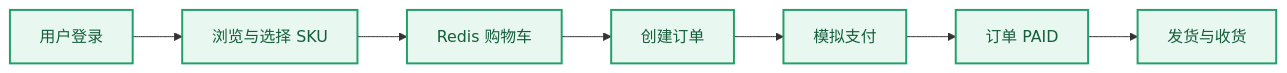
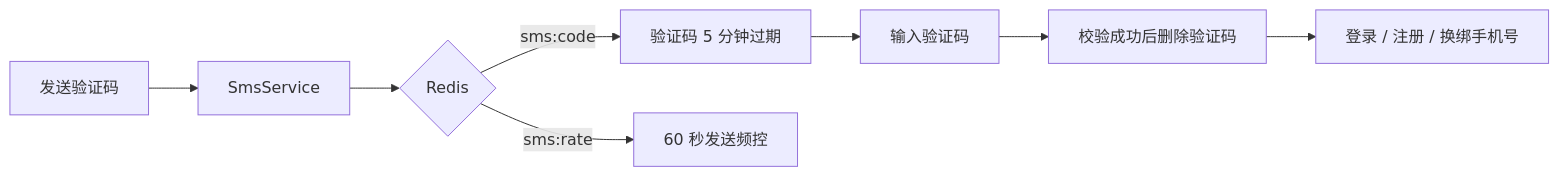
The sixth of 10 diagrams in docs/TEAM.md (Nobeta-Work/dingdong), drawn with Mermaid before and after one commit. The commit also changed other lines of this file and 2 other files, not shown here.

````diff
--- a/docs/TEAM.md
+++ b/docs/TEAM.md
@@ -82,12 +144,10 @@
 ```mermaid
 flowchart LR
-    A[用户登录] --> B[浏览与选择 SKU]
-    B --> C[Redis 购物车]
-    C --> D[创建订单]
-    D --> E[模拟支付]
-    E --> F[订单 PAID]
-    F --> G[发货与收货]
-
-    classDef passed fill:#e8f7ef,stroke:#22a06b,color:#155e3b,stroke-width:2px
-    class A,B,C,D,E,F,G passed
+    A[发送验证码] --> B[SmsService]
+    B --> C{Redis}
+    C -->|sms:code| D[验证码 5 分钟过期]
+    C -->|sms:rate| E[60 秒发送频控]
+    D --> F[输入验证码]
+    F --> G[校验成功后删除验证码]
+    G --> H[登录 / 注册 / 换绑手机号]
 ```
````
